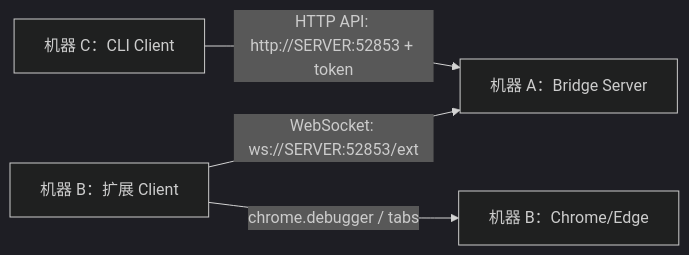
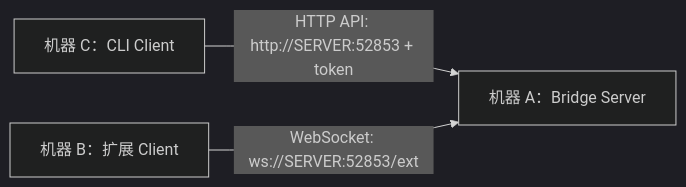
The third of 3 diagrams in README_CN.md (dreamhunter2333/browser-bridge-cli), drawn with Mermaid (dark theme) before and after one commit. The commit also changed other lines of this file and 1 other file, not shown here.

Commit message:
Simplify README deployment diagrams

````diff
--- a/README_CN.md
+++ b/README_CN.md
@@ -164,11 +156,9 @@
 ```mermaid
 graph LR
     CLI["机器 C：CLI Client"]
     Bridge["机器 A：Bridge Server"]
     Ext["机器 B：扩展 Client"]
-    Browser["机器 B：Chrome/Edge"]
 
     CLI -->|"HTTP API: http://SERVER:52853 + token"| Bridge
     Ext -->|"WebSocket: ws://SERVER:52853/ext"| Bridge
-    Ext -->|"chrome.debugger / tabs"| Browser
 ```
````
